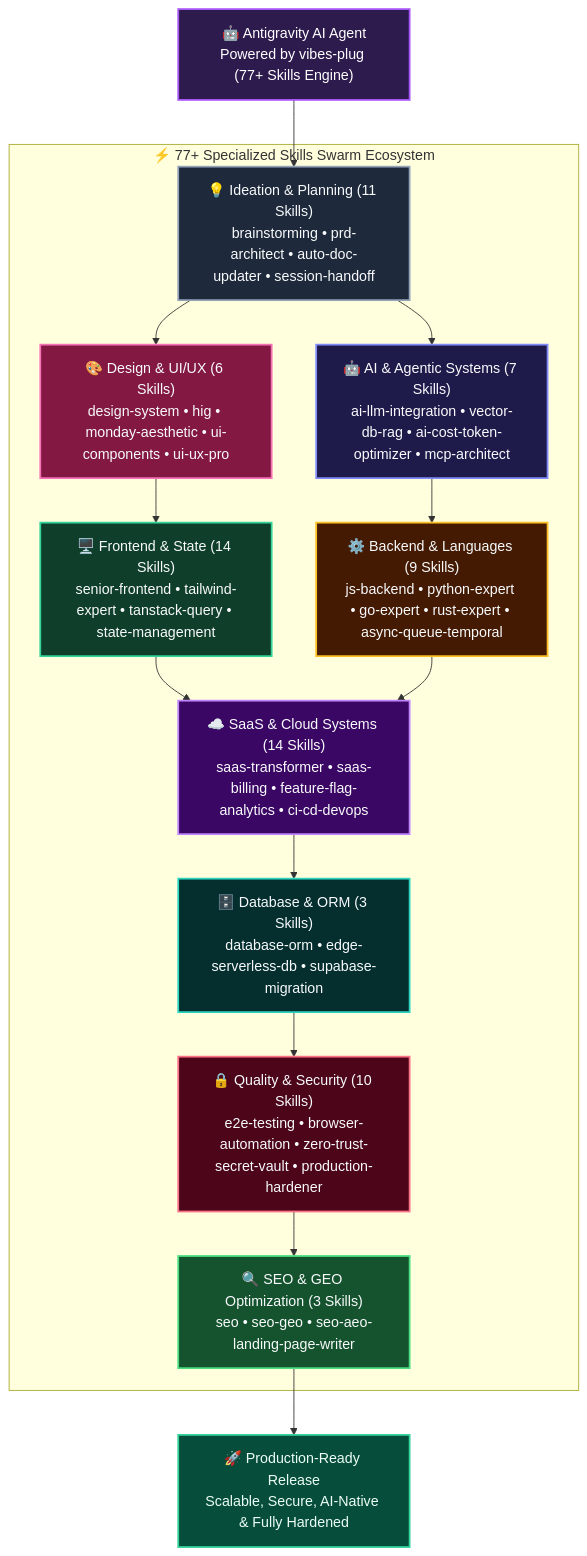
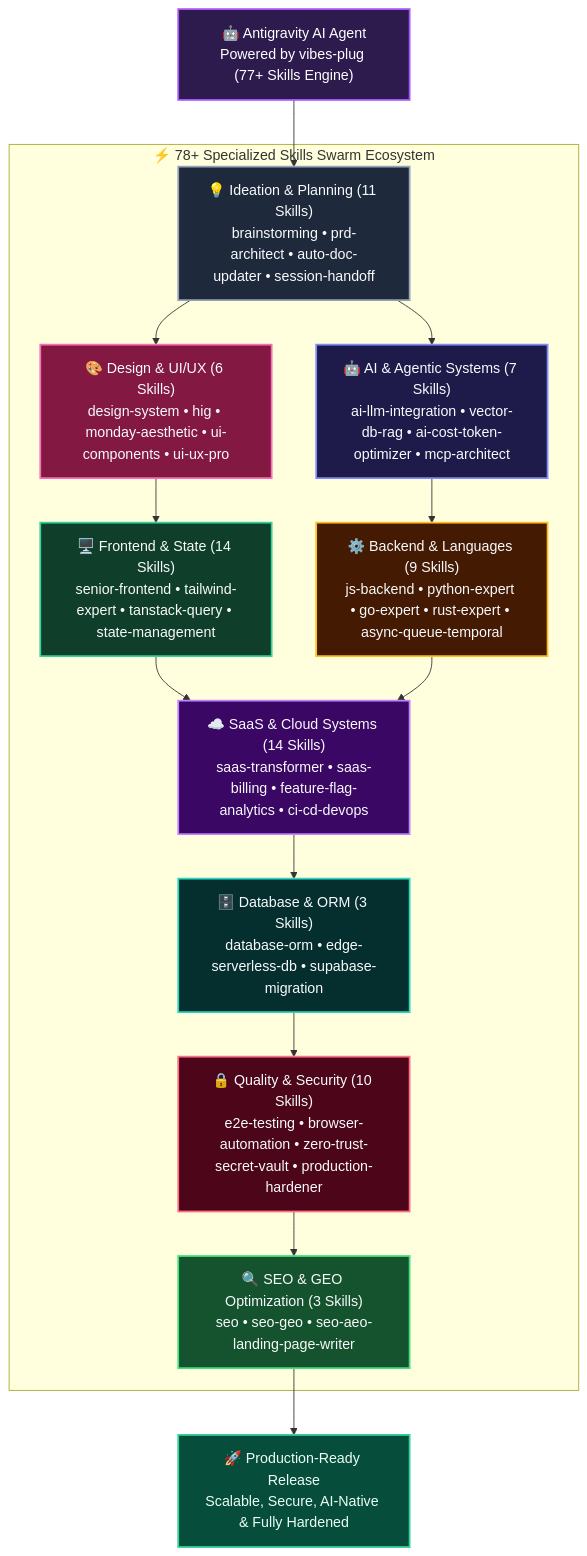
Before and after one commit to roedyrustam/vibes-plug: the diagram in README.md, drawn with Mermaid. The commit also changed other lines of this file and 2 other files, not shown here.

````diff
--- a/README.md
+++ b/README.md
@@ -14,54 +14,54 @@
 ```mermaid
 graph TD
     AGY["🤖 Antigravity AI Agent<br/>Powered by vibes-plug (77+ Skills Engine)"]
 
-    subgraph SWARM["⚡ 77+ Specialized Skills Swarm Ecosystem"]
+    subgraph SWARM["⚡ 78+ Specialized Skills Swarm Ecosystem"]
         D9["💡 Ideation & Planning (11 Skills)<br/>brainstorming • prd-architect • auto-doc-updater • session-handoff"]
         D1["🤖 AI & Agentic Systems (7 Skills)<br/>ai-llm-integration • vector-db-rag • ai-cost-token-optimizer • mcp-architect"]
         D2["🎨 Design & UI/UX (6 Skills)<br/>design-system • hig • monday-aesthetic • ui-components • ui-ux-pro"]
         D3["🖥️ Frontend & State (14 Skills)<br/>senior-frontend • tailwind-expert • tanstack-query • state-management"]
         D4["⚙️ Backend & Languages (9 Skills)<br/>js-backend • python-expert • go-expert • rust-expert • async-queue-temporal"]
         D5["☁️ SaaS & Cloud Systems (14 Skills)<br/>saas-transformer • saas-billing • feature-flag-analytics • ci-cd-devops"]
         D6["🗄️ Database & ORM (3 Skills)<br/>database-orm • edge-serverless-db • supabase-migration"]
         D7["🔒 Quality & Security (10 Skills)<br/>e2e-testing • browser-automation • zero-trust-secret-vault • production-hardener"]
         D8["🔍 SEO & GEO Optimization (3 Skills)<br/>seo • seo-geo • seo-aeo-landing-page-writer"]
     end
 
     PROD["🚀 Production-Ready Release<br/>Scalable, Secure, AI-Native & Fully Hardened"]
 
     AGY --> D9
     D9 --> D1
     D9 --> D2
     D1 --> D4
     D2 --> D3
     D3 --> D5
     D4 --> D5
     D5 --> D6
     D6 --> D7
     D7 --> D8
     D8 --> PROD
 
     classDef hero fill:#2d1b4e,stroke:#a855f7,stroke-width:2px,color:#fff;
     classDef ai fill:#1e1b4b,stroke:#818cf8,stroke-width:2px,color:#f8fafc;
     classDef ui fill:#831843,stroke:#f472b6,stroke-width:2px,color:#f8fafc;
     classDef front fill:#0f3f2a,stroke:#34d399,stroke-width:2px,color:#f8fafc;
     classDef back fill:#451a03,stroke:#fbbf24,stroke-width:2px,color:#f8fafc;
     classDef saas fill:#3b0764,stroke:#c084fc,stroke-width:2px,color:#f8fafc;
     classDef db fill:#042f2e,stroke:#2dd4bf,stroke-width:2px,color:#f8fafc;
     classDef sec fill:#4c0519,stroke:#fb7185,stroke-width:2px,color:#f8fafc;
     classDef seo fill:#14532d,stroke:#4ade80,stroke-width:2px,color:#f8fafc;
     classDef util fill:#1e293b,stroke:#94a3b8,stroke-width:2px,color:#f8fafc;
     classDef target fill:#064e3b,stroke:#34d399,stroke-width:2px,color:#ecfdf5;
 
     class AGY hero;
     class D9 util;
     class D1 ai;
     class D2 ui;
     class D3 front;
     class D4 back;
     class D5 saas;
     class D6 db;
     class D7 sec;
     class D8 seo;
     class PROD target;
 ```
````
